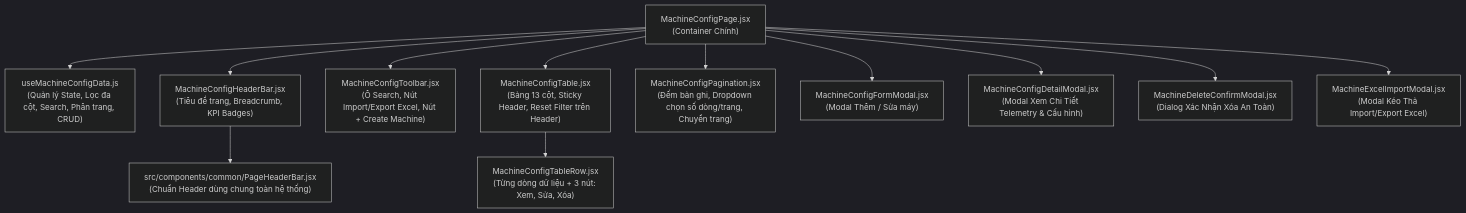
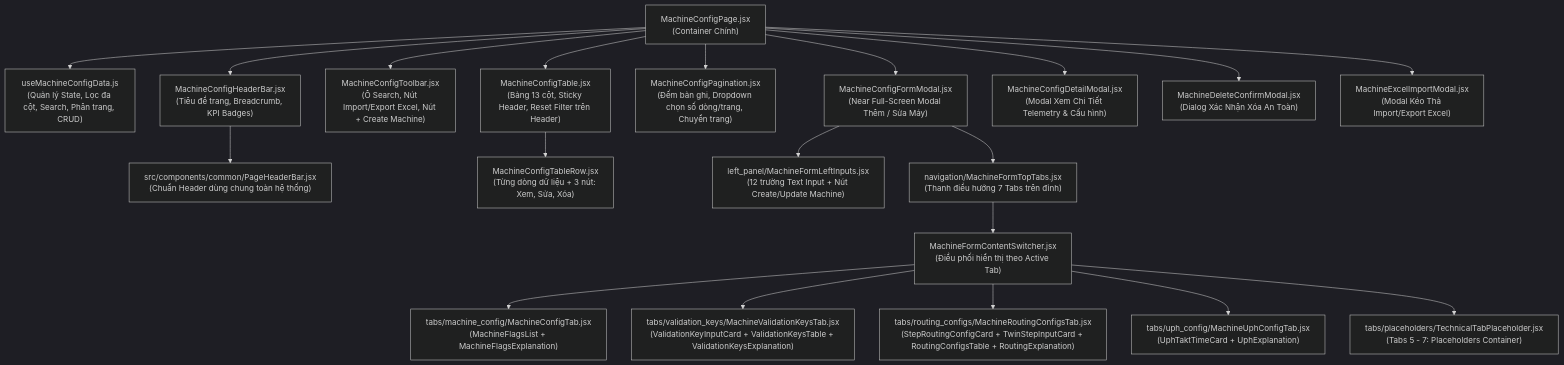
Before and after one commit to minhthenguyen2004/EnterpriseProjectFrontend: the diagram in md/MACHINE_CONFIG_PLAN.md, drawn with Mermaid (dark theme). The commit also changed other lines of this file and 34 other files, not shown here.

Commit message:
Add routing configs and uph config

````diff
--- a/md/MACHINE_CONFIG_PLAN.md
+++ b/md/MACHINE_CONFIG_PLAN.md
@@ -226,30 +752,49 @@
 ```mermaid
 graph TD
     Page["MachineConfigPage.jsx<br/>(Container Chính)"]
     Hook["useMachineConfigData.js<br/>(Quản lý State, Lọc đa cột, Search, Phân trang, CRUD)"]
 
     CommonHeader["src/components/common/PageHeaderBar.jsx<br/>(Chuẩn Header dùng chung toàn hệ thống)"]
     Header["MachineConfigHeaderBar.jsx<br/>(Tiêu đề trang, Breadcrumb, KPI Badges)"]
     Toolbar["MachineConfigToolbar.jsx<br/>(Ô Search, Nút Import/Export Excel, Nút + Create Machine)"]
     Table["MachineConfigTable.jsx<br/>(Bảng 13 cột, Sticky Header, Reset Filter trên Header)"]
     TableRow["MachineConfigTableRow.jsx<br/>(Từng dòng dữ liệu + 3 nút: Xem, Sửa, Xóa)"]
     Pagination["MachineConfigPagination.jsx<br/>(Đếm bản ghi, Dropdown chọn số dòng/trang, Chuyển trang)"]
 
-    ModalForm["MachineConfigFormModal.jsx<br/>(Modal Thêm / Sửa máy)"]
+    ModalForm["MachineConfigFormModal.jsx<br/>(Near Full-Screen Modal Thêm / Sửa Máy)"]
+    ModalFormLeft["left_panel/MachineFormLeftInputs.jsx<br/>(12 trường Text Input + Nút Create/Update Machine)"]
+    ModalFormRight["navigation/MachineFormTopTabs.jsx<br/>(Thanh điều hướng 7 Tabs trên đỉnh)"]
+    ModalFormTabs["MachineFormContentSwitcher.jsx<br/>(Điều phối hiển thị theo Active Tab)"]
+
+    TabMachine["tabs/machine_config/MachineConfigTab.jsx<br/>(MachineFlagsList + MachineFlagsExplanation)"]
+    TabValidation["tabs/validation_keys/MachineValidationKeysTab.jsx<br/>(ValidationKeyInputCard + ValidationKeysTable + ValidationKeysExplanation)"]
+    TabRouting["tabs/routing_configs/MachineRoutingConfigsTab.jsx<br/>(StepRoutingConfigCard + TwinStepInputCard + RoutingConfigsTable + RoutingExplanation)"]
+    TabUph["tabs/uph_config/MachineUphConfigTab.jsx<br/>(UphTaktTimeCard + UphExplanation)"]
+    TabPlaceholders["tabs/placeholders/TechnicalTabPlaceholder.jsx<br/>(Tabs 5 - 7: Placeholders Container)"]
+
     ModalDetail["MachineConfigDetailModal.jsx<br/>(Modal Xem Chi Tiết Telemetry & Cấu hình)"]
     ModalDelete["MachineDeleteConfirmModal.jsx<br/>(Dialog Xác Nhận Xóa An Toàn)"]
     ModalExcel["MachineExcelImportModal.jsx<br/>(Modal Kéo Thả Import/Export Excel)"]
 
     Page --> Hook
     Page --> Header
     Header --> CommonHeader
     Page --> Toolbar
     Page --> Table
     Table --> TableRow
     Page --> Pagination
 
     Page --> ModalForm
+    ModalForm --> ModalFormLeft
+    ModalForm --> ModalFormRight
+    ModalFormRight --> ModalFormTabs
+    ModalFormTabs --> TabMachine
+    ModalFormTabs --> TabValidation
+    ModalFormTabs --> TabRouting
+    ModalFormTabs --> TabUph
+    ModalFormTabs --> TabPlaceholders
+
     Page --> ModalDetail
     Page --> ModalDelete
     Page --> ModalExcel
 ```
````
